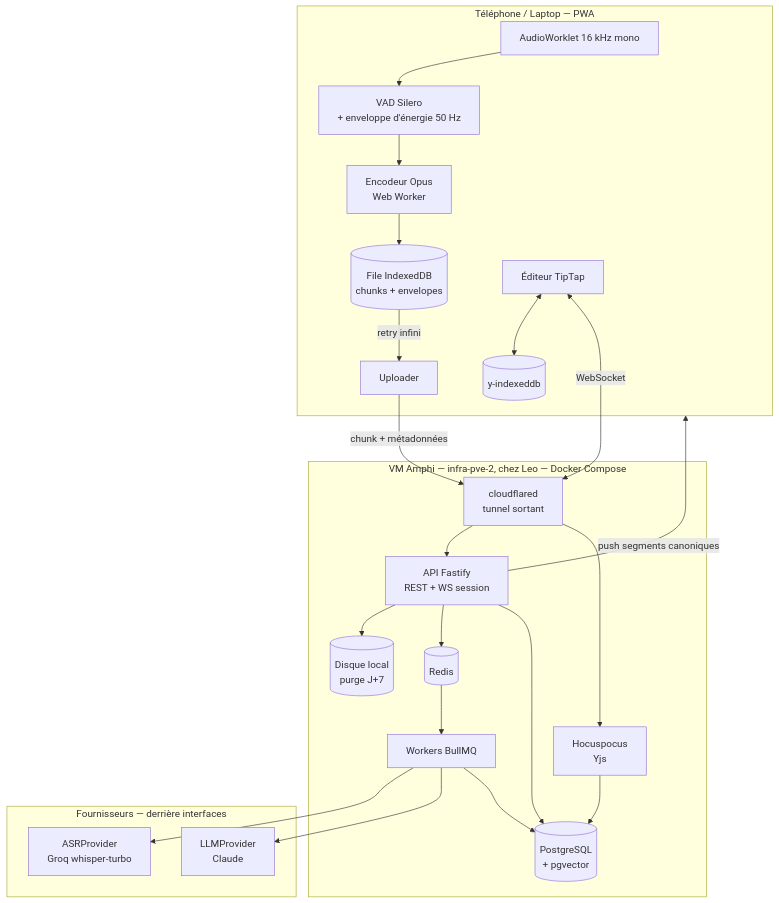
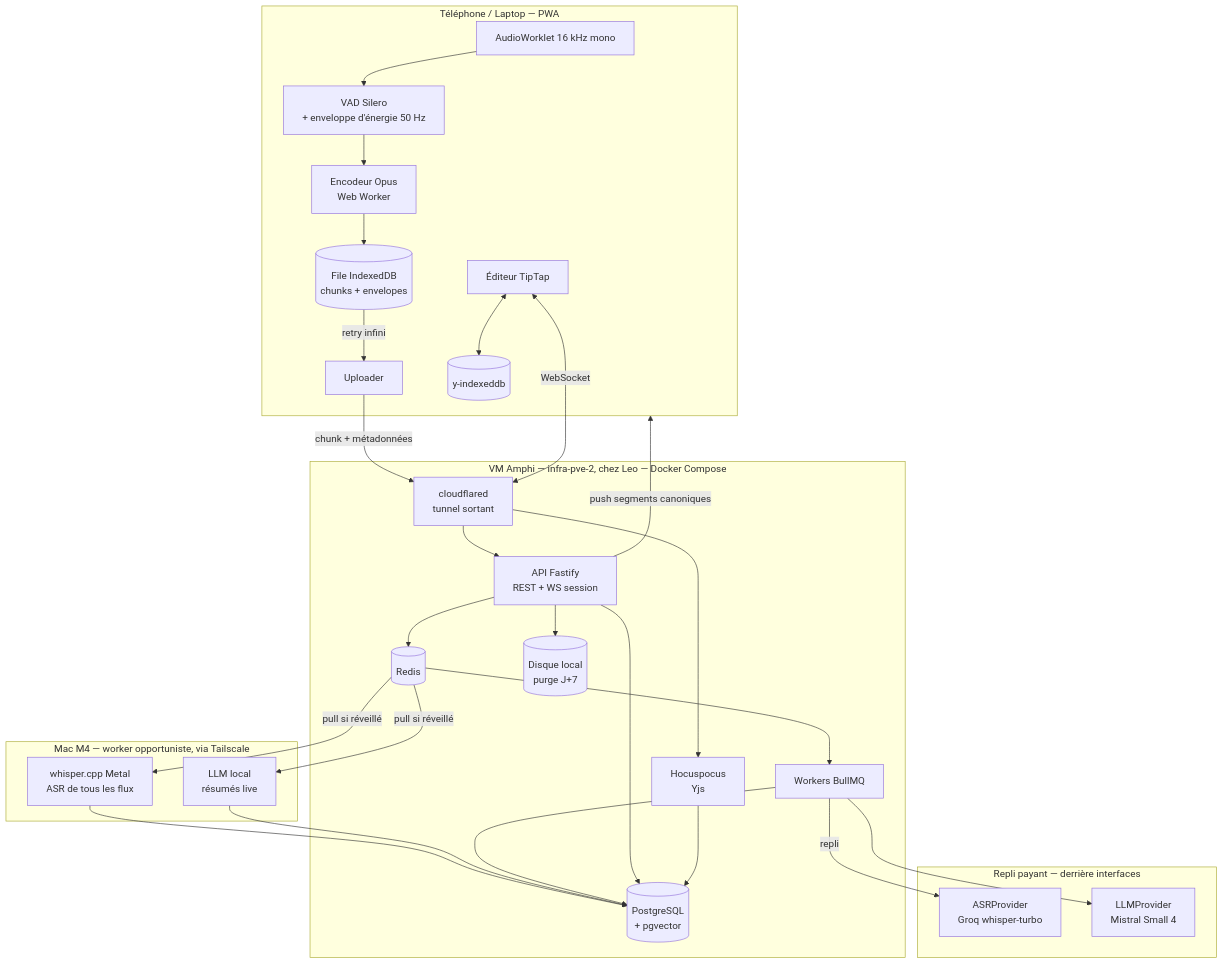
Before and after one commit to Leo-bncf/Amphi: the first of 3 diagrams in ARCHITECTURE.md, drawn with Mermaid. The commit also changed other lines of this file, not shown here.

First line of the commit message:
M0: revision 3 — worker ASR local sur le Mac, Mistral Small 4

````diff
--- a/ARCHITECTURE.md
+++ b/ARCHITECTURE.md
@@ -41,38 +41,47 @@
 ```mermaid
 graph TB
     subgraph Client["Téléphone / Laptop — PWA"]
         MIC["AudioWorklet 16 kHz mono"] --> VAD["VAD Silero<br/>+ enveloppe d'énergie 50 Hz"]
         VAD --> ENC["Encodeur Opus<br/>Web Worker"]
         ENC --> Q[("File IndexedDB<br/>chunks + envelopes")]
         Q -->|"retry infini"| UP["Uploader"]
         ED["Éditeur TipTap"] <--> YIDB[("y-indexeddb")]
     end
 
     subgraph Edge["VM Amphi — infra-pve-2, chez Leo — Docker Compose"]
         CFT["cloudflared<br/>tunnel sortant"]
         API["API Fastify<br/>REST + WS session"]
         RT["Hocuspocus<br/>Yjs"]
         W["Workers BullMQ"]
         PG[("PostgreSQL<br/>+ pgvector")]
         RD[("Redis")]
         FS[("Disque local<br/>purge J+7")]
     end
 
-    subgraph Ext["Fournisseurs — derrière interfaces"]
-        ASR["ASRProvider<br/>Groq whisper-turbo"]
-        LLM["LLMProvider<br/>Claude"]
+    subgraph Mac["Mac M4 — worker opportuniste, via Tailscale"]
+        WHI["whisper.cpp Metal<br/>ASR de tous les flux"]
+        SUM["LLM local<br/>résumés live"]
+    end
+
+    subgraph Ext["Repli payant — derrière interfaces"]
+        ASRP["ASRProvider<br/>Groq whisper-turbo"]
+        LLMP["LLMProvider<br/>Mistral Small 4"]
     end
 
     UP -->|"chunk + métadonnées"| CFT
     ED <-->|"WebSocket"| CFT
     CFT --> API
     CFT --> RT
     API --> FS
     API --> RD --> W
-    W --> ASR
-    W --> LLM
+    RD -->|"pull si réveillé"| WHI
+    RD -->|"pull si réveillé"| SUM
+    WHI --> PG
+    SUM --> PG
+    W -->|"repli"| ASRP
+    W --> LLMP
     W --> PG
     API --> PG
     RT --> PG
     API -->|"push segments canoniques"| Client
 ```
````
